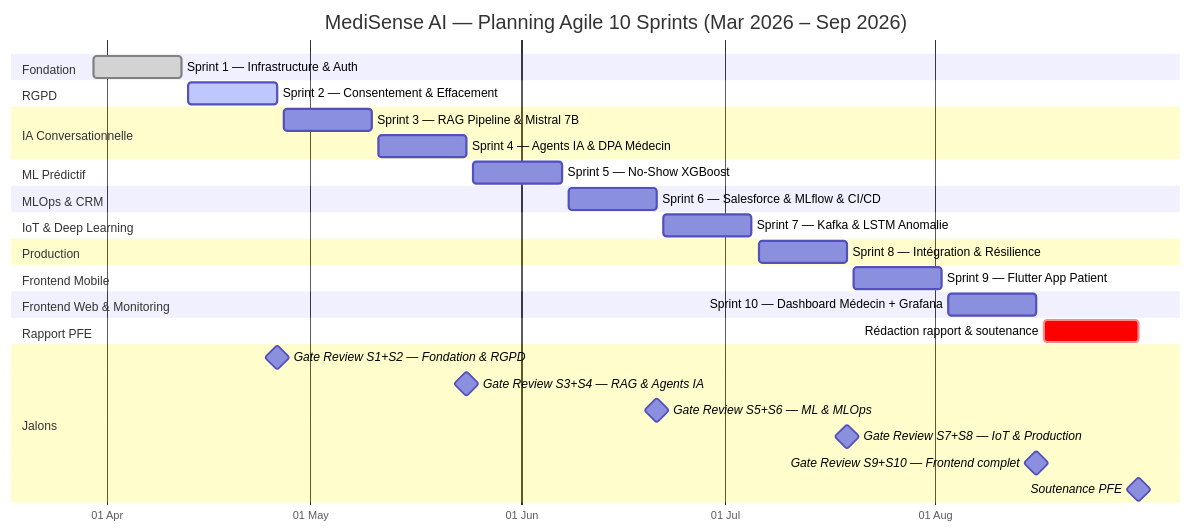
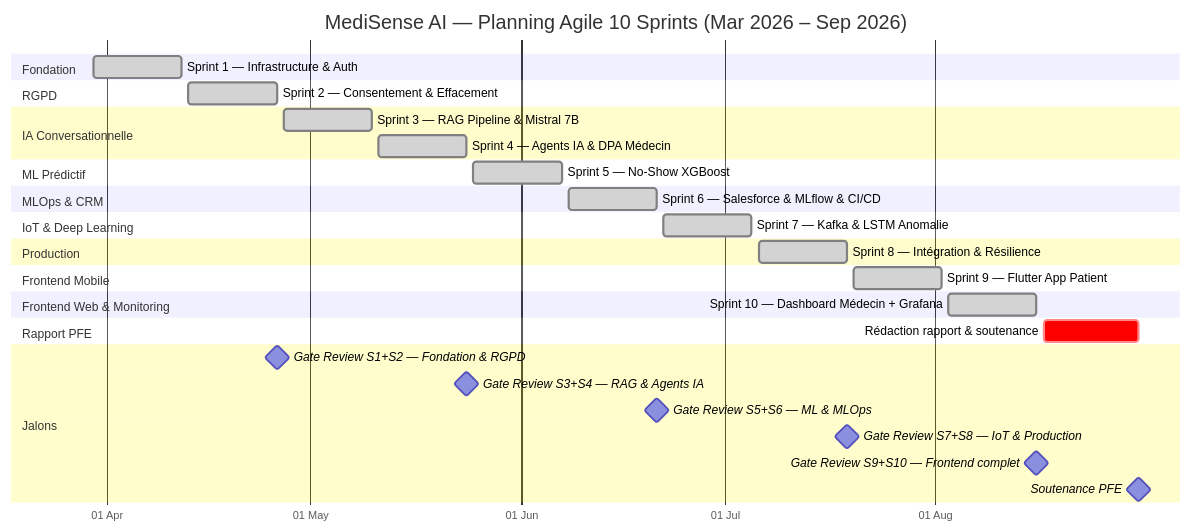
One commit to Boussyf0/MediSense-AI changed the sixth of 22 diagrams in docs/METHODOLOGIE.md. Above: the diagram before and after it, drawn with Mermaid. The commit also changed other lines of this file and 112 other files, not shown here.

````diff
--- a/docs/METHODOLOGIE.md
+++ b/docs/METHODOLOGIE.md
@@ -382,45 +382,45 @@
 ```mermaid
 gantt
     title MediSense AI — Planning Agile 10 Sprints (Mar 2026 – Sep 2026)
     dateFormat  YYYY-MM-DD
     axisFormat  %d %b
 
     section Fondation
     Sprint 1 — Infrastructure & Auth          :done,    s1, 2026-03-30, 2026-04-12
 
     section RGPD
-    Sprint 2 — Consentement & Effacement      :active,  s2, 2026-04-13, 2026-04-26
+    Sprint 2 — Consentement & Effacement      :done,    s2, 2026-04-13, 2026-04-26
 
     section IA Conversationnelle
-    Sprint 3 — RAG Pipeline & Mistral 7B      :         s3, 2026-04-27, 2026-05-10
-    Sprint 4 — Agents IA & DPA Médecin        :         s4, 2026-05-11, 2026-05-24
+    Sprint 3 — RAG Pipeline & Mistral 7B      :done,    s3, 2026-04-27, 2026-05-10
+    Sprint 4 — Agents IA & DPA Médecin        :done,    s4, 2026-05-11, 2026-05-24
 
     section ML Prédictif
-    Sprint 5 — No-Show XGBoost                :         s5, 2026-05-25, 2026-06-07
+    Sprint 5 — No-Show XGBoost                :done,    s5, 2026-05-25, 2026-06-07
 
     section MLOps & CRM
-    Sprint 6 — Salesforce & MLflow & CI/CD    :         s6, 2026-06-08, 2026-06-21
+    Sprint 6 — Salesforce & MLflow & CI/CD    :done,    s6, 2026-06-08, 2026-06-21
 
     section IoT & Deep Learning
-    Sprint 7 — Kafka & LSTM Anomalie          :         s7, 2026-06-22, 2026-07-05
+    Sprint 7 — Kafka & LSTM Anomalie          :done,    s7, 2026-06-22, 2026-07-05
 
     section Production
-    Sprint 8 — Intégration & Résilience       :         s8, 2026-07-06, 2026-07-19
+    Sprint 8 — Intégration & Résilience       :done,    s8, 2026-07-06, 2026-07-19
 
     section Frontend Mobile
-    Sprint 9 — Flutter App Patient            :         s9, 2026-07-20, 2026-08-02
+    Sprint 9 — Flutter App Patient            :done,    s9, 2026-07-20, 2026-08-02
 
     section Frontend Web & Monitoring
-    Sprint 10 — Dashboard Médecin + Grafana   :         s10, 2026-08-03, 2026-08-16
+    Sprint 10 — Dashboard Médecin + Grafana   :done,    s10, 2026-08-03, 2026-08-16
 
     section Rapport PFE
     Rédaction rapport & soutenance            :crit,    rpt, 2026-08-17, 2026-08-31
 
     section Jalons
     Gate Review S1+S2 — Fondation & RGPD     :milestone, g2, 2026-04-26, 0d
     Gate Review S3+S4 — RAG & Agents IA      :milestone, g4, 2026-05-24, 0d
     Gate Review S5+S6 — ML & MLOps           :milestone, g6, 2026-06-21, 0d
     Gate Review S7+S8 — IoT & Production     :milestone, g8, 2026-07-19, 0d
     Gate Review S9+S10 — Frontend complet    :milestone, g10, 2026-08-16, 0d
     Soutenance PFE                            :milestone, sout, 2026-08-31, 0d
 ```
````
